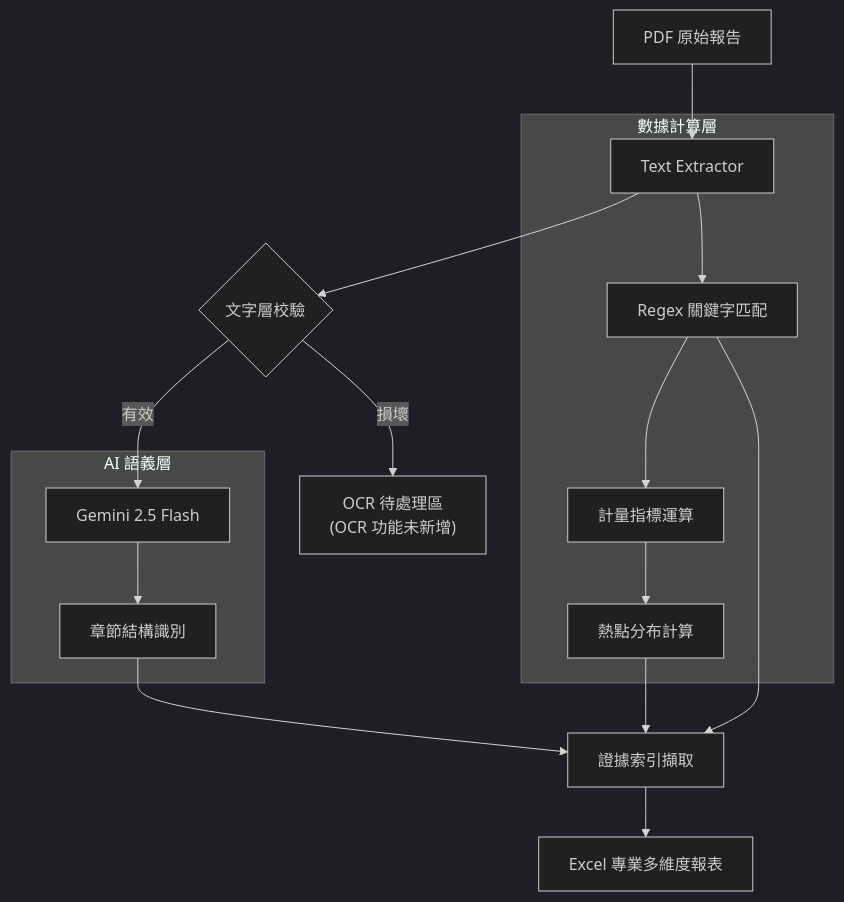
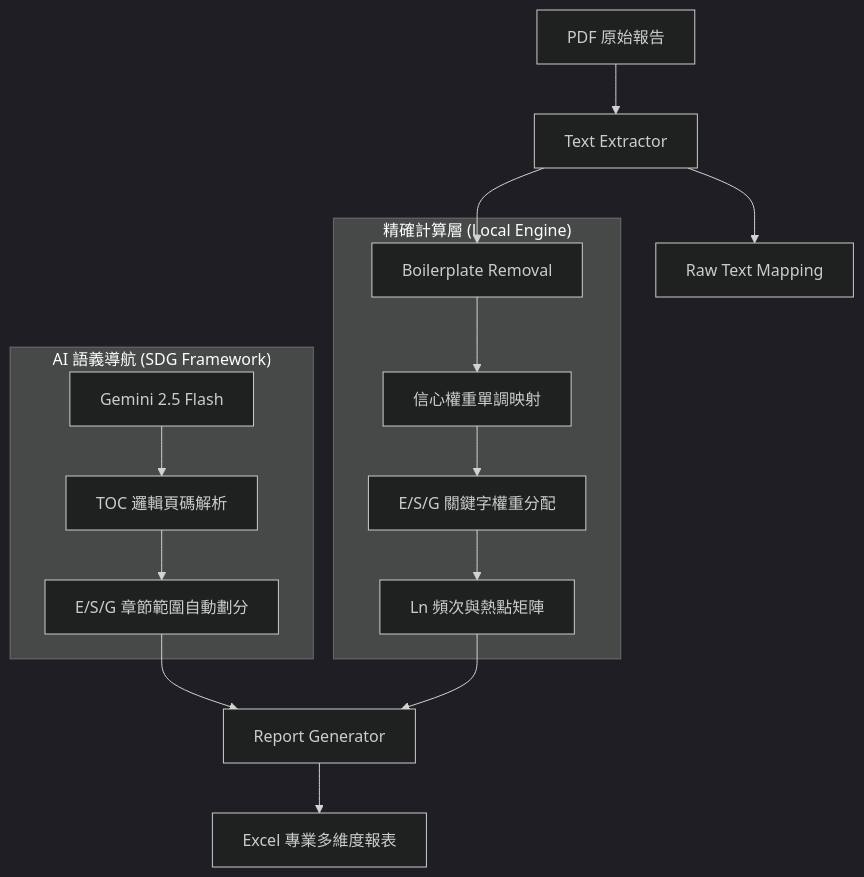
One commit to fsastone/Keyword_Analyzer changed the diagram in README.md. Above: the diagram before and after it, drawn with Mermaid (dark theme). The commit also changed other lines of this file and 8 other files, not shown here.

````diff
--- a/README.md
+++ b/README.md
@@ -16,23 +15,22 @@
 ```mermaid
 graph TD
     A[PDF 原始報告] --> B[Text Extractor]
-    B --> C{文字層校驗}
-    C -- 有效 --> D[Gemini 2.5 Flash]
-    C -- 損壞 --> E["OCR 待處理區<br>(OCR 功能未新增)"]
+    B --> C[Raw Text Mapping]
+    B --> D[Boilerplate Removal]
     
-    subgraph "AI 語義層"
-        D --> F[章節結構識別]
+    subgraph "AI 語義導航 (SDG Framework)"
+        E[Gemini 2.5 Flash] --> F[TOC 邏輯頁碼解析]
+        F --> G[E/S/G 章節範圍自動劃分]
     end
     
-    subgraph "數據計算層"
-        B --> G[Regex 關鍵字匹配]
-        G --> H[計量指標運算]
-        H --> I[熱點分布計算]
+    subgraph "精確計算層 (Local Engine)"
+        D --> H[信心權重單調映射]
+        H --> I[E/S/G 關鍵字權重分配]
+        I --> J[Ln 頻次與熱點矩陣]
     end
     
-    F --> J[Report Generator]
-    I --> J
-    G --> J[證據索引擷取]
+    G --> K[Report Generator]
+    J --> K
     
-    J --> K[Excel 專業多維度報表]
+    K --> L[Excel 專業多維度報表]
 ```
````
